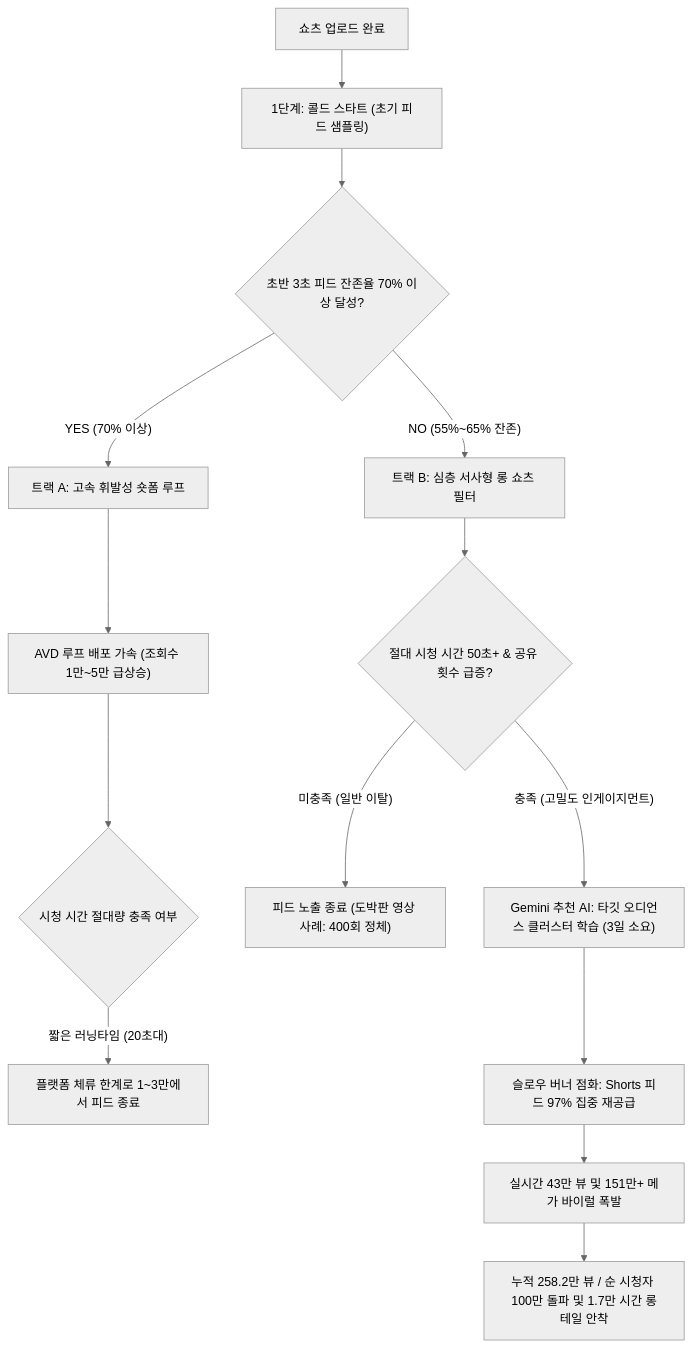
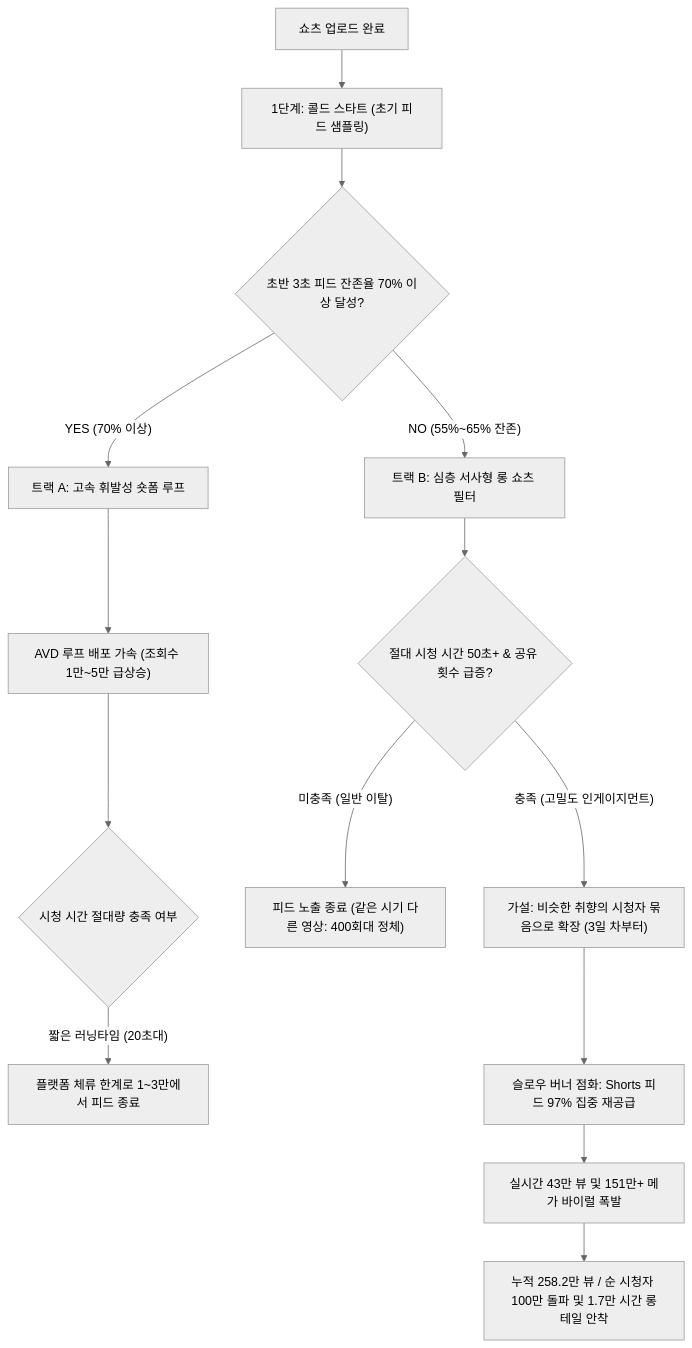
Before and after one commit to pandragun-sudo/Lumen-blog: the diagram in src/content/blog/2026-09-11-shorts-retention-vs-watch-time-share-algorithm.md, drawn with Mermaid (neutral theme). The commit also changed other lines of this file and 16 other files, not shown here.

````diff
--- a/src/content/blog/2026-09-11-shorts-retention-vs-watch-time-share-algorithm.md
+++ b/src/content/blog/2026-09-11-shorts-retention-vs-watch-time-share-algorithm.md
@@ -223,20 +225,20 @@
 ```mermaid
 flowchart TD
     Start["쇼츠 업로드 완료"] --> Phase1["1단계: 콜드 스타트 (초기 피드 샘플링)"]
     
     Phase1 --> DecisionA{"초반 3초 피드 잔존율 70% 이상 달성?"}
     
     DecisionA -- "YES (70% 이상)" --> PathA["트랙 A: 고속 휘발성 숏폼 루프"]
     PathA --> FastTrack["AVD 루프 배포 가속 (조회수 1만~5만 급상승)"]
     FastTrack --> EndCheckA{"시청 시간 절대량 충족 여부"}
     EndCheckA -- "짧은 러닝타임 (20초대)" --> CapA["플랫폼 체류 한계로 1~3만에서 피드 종료"]
     
     DecisionA -- "NO (55%~65% 잔존)" --> PathB["트랙 B: 심층 서사형 롱 쇼츠 필터"]
     PathB --> DeepCheck{"절대 시청 시간 50초+ & 공유 횟수 급증?"}
     
-    DeepCheck -- "미충족 (일반 이탈)" --> Drop["피드 노출 종료 (도박판 영상 사례: 400회 정체)"]
-    DeepCheck -- "충족 (고밀도 인게이지먼트)" --> ClusterAI["Gemini 추천 AI: 타깃 오디언스 클러스터 학습 (3일 소요)"]
+    DeepCheck -- "미충족 (일반 이탈)" --> Drop["피드 노출 종료 (같은 시기 다른 영상: 400회대 정체)"]
+    DeepCheck -- "충족 (고밀도 인게이지먼트)" --> ClusterAI["가설: 비슷한 취향의 시청자 묶음으로 확장 (3일 차부터)"]
     ClusterAI --> SlowBurn["슬로우 버너 점화: Shorts 피드 97% 집중 재공급"]
     SlowBurn --> MegaViral["실시간 43만 뷰 및 151만+ 메가 바이럴 폭발"]
     MegaViral --> LongTail["누적 258.2만 뷰 / 순 시청자 100만 돌파 및 1.7만 시간 롱테일 안착"]
 ```
````
